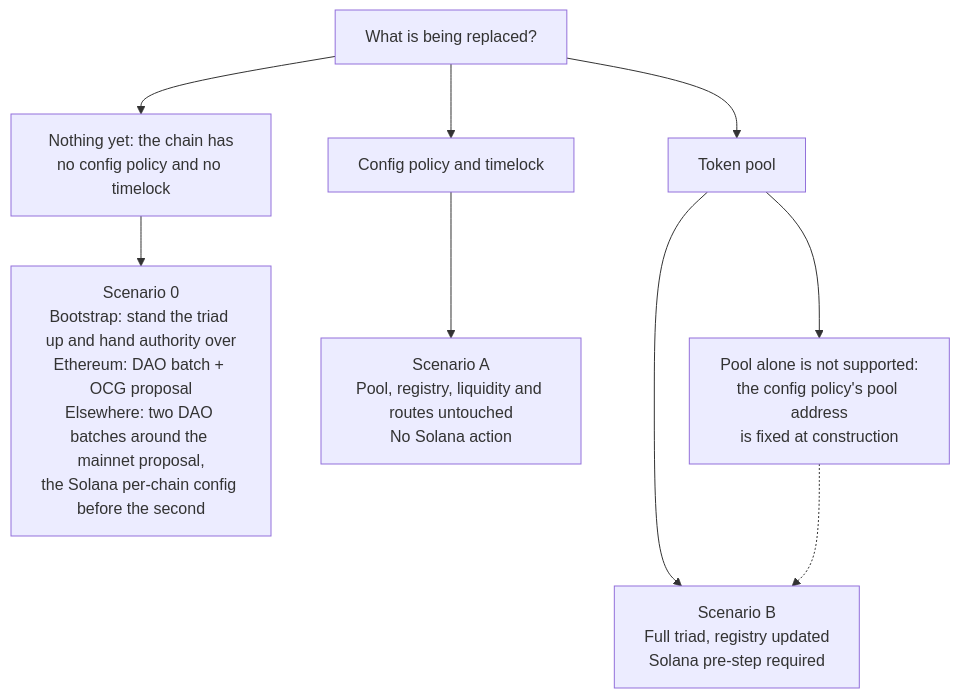
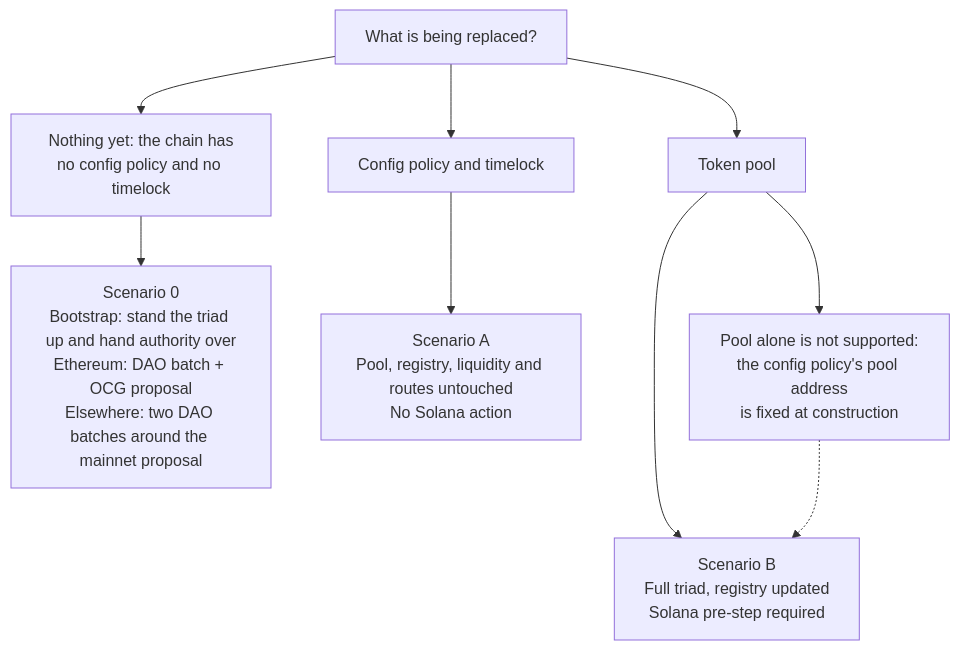
One commit to OlympusDAO/olympus-v3 changed the first of 7 diagrams in documentation/bridge/ccip/MIGRATION.md. Above: the diagram before and after it, drawn with Mermaid. The commit also changed other lines of this file and 3 other files, not shown here.

````diff
--- a/documentation/bridge/ccip/MIGRATION.md
+++ b/documentation/bridge/ccip/MIGRATION.md
@@ -7,12 +7,12 @@
 ```mermaid
 flowchart TD
     START["What is being replaced?"]
     START --> NONE["Nothing yet: the chain has<br/>no config policy and no timelock"]
     START --> CFGONLY["Config policy and timelock"]
     START --> WITHPOOL["Token pool"]
-    NONE --> S0["Scenario 0<br/>Bootstrap: stand the triad up and hand authority over<br/>Ethereum: DAO batch + OCG proposal<br/>Elsewhere: two DAO batches around the mainnet proposal,<br/>the Solana per-chain config before the second"]
+    NONE --> S0["Scenario 0<br/>Bootstrap: stand the triad up and hand authority over<br/>Ethereum: DAO batch + OCG proposal<br/>Elsewhere: two DAO batches around the mainnet proposal"]
     CFGONLY --> A["Scenario A<br/>Pool, registry, liquidity and routes untouched<br/>No Solana action"]
     WITHPOOL --> B["Scenario B<br/>Full triad, registry updated<br/>Solana pre-step required"]
     WITHPOOL --> NOTSUP["Pool alone is not supported:<br/>the config policy's pool address<br/>is fixed at construction"]
     NOTSUP -.-> B
 ```
````
